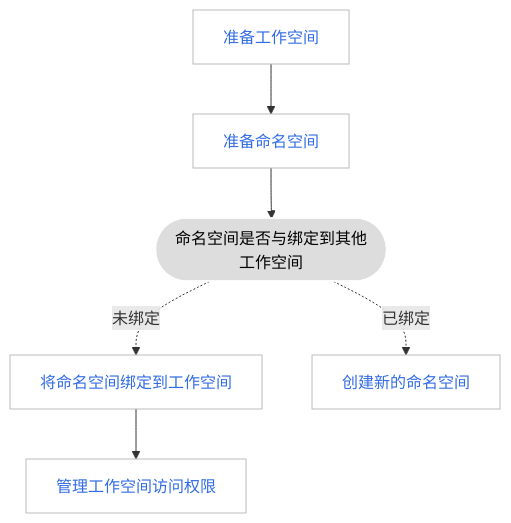
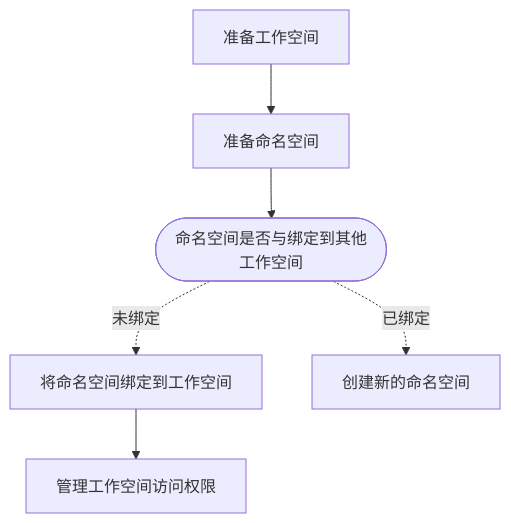
The diagram in docs/zh/docs/ghippo/best-practice/ws-to-ns.md (DaoCloud/DaoCloud-docs), drawn with Mermaid before and after one commit. The commit also changed 40 other files, not shown here.

Commit message:
remove classdef and class from mermaid blocks globally (#7555)

````diff
--- a/docs/zh/docs/ghippo/best-practice/ws-to-ns.md
+++ b/docs/zh/docs/ghippo/best-practice/ws-to-ns.md
@@ -30,21 +30,14 @@
 ```mermaid
 graph TB
 
 preparews[准备工作空间] --> preparens[准备命名空间]
 --> judge([命名空间是否与绑定到其他工作空间])
 judge -.未绑定.->nstows[将命名空间绑定到工作空间] --> wsperm[管理工作空间访问权限]
 judge -.已绑定.->createns[创建新的命名空间]
 
-classDef plain fill:#ddd,stroke:#fff,stroke-width:1px,color:#000;
-classDef k8s fill:#326ce5,stroke:#fff,stroke-width:1px,color:#fff;
-classDef cluster fill:#fff,stroke:#bbb,stroke-width:1px,color:#326ce5;
-
-class preparews,preparens,createns,nstows,wsperm cluster;
-class judge plain
-
 click preparews "https://docs.daocloud.io/ghippo/user-guide/workspace/ws-to-ns/#_3"
 click preparens "https://docs.daocloud.io/ghippo/user-guide/workspace/ws-to-ns/#_4"
 click nstows "https://docs.daocloud.io/ghippo/user-guide/workspace/ws-to-ns/#_5"
 click wsperm "https://docs.daocloud.io/ghippo/user-guide/workspace/ws-to-ns/#_6"
 click createns "https://docs.daocloud.io/ghippo/user-guide/workspace/ws-to-ns/#_4"
 ```
````
